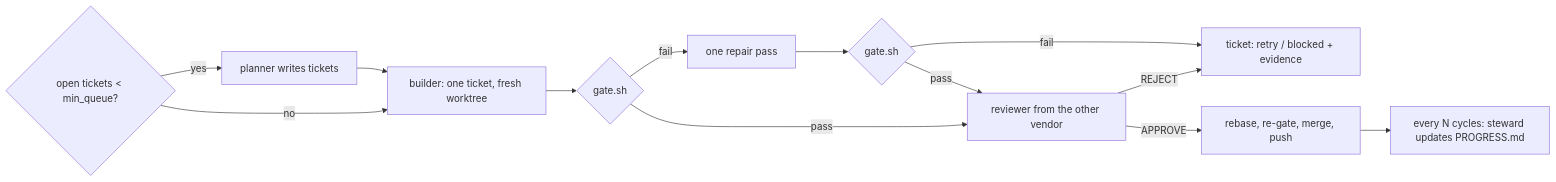
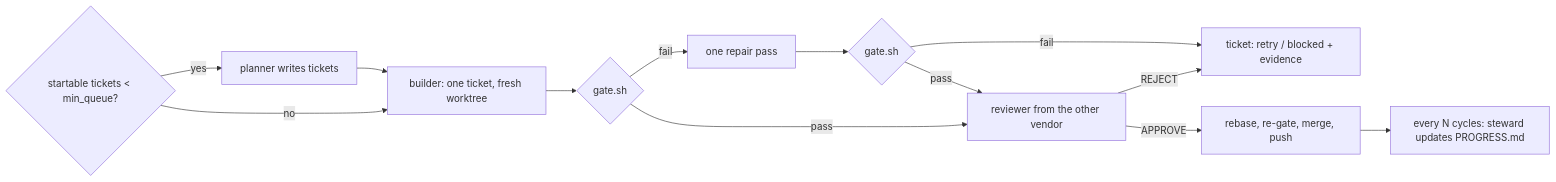
One commit to ptlnextdoor/Crewship changed the diagram in forge/README.md. Above: the diagram before and after it, drawn with Mermaid. The commit also changed other lines of this file and 2 other files, not shown here.

Commit message:
forge: planner is told how many tickets can start now and how many startable ones to add
16 reflex1 planner turns wrote 8 to 9 tickets each with a median of 2 that could start
(the rest chained on open tickets), so with min_queue 6 the queue was low again one
cycle later: 10 turns in 13 h, about 25 min of lane 1 each. The prompt now gets READY
(startable now) and NEED (max(lanes, min_queue - ready)) and says a ticket depending on
an open or in_progress ticket does not count; forge logs the startable count after the
turn so the next scout can measure it. No loop behaviour change.

````diff
--- a/forge/README.md
+++ b/forge/README.md
@@ -7,14 +7,14 @@
 ```mermaid
 flowchart LR
-  Q{open tickets < min_queue?} -->|yes| P[planner writes tickets]
+  Q{startable tickets < min_queue?} -->|yes| P[planner writes tickets]
   Q -->|no| B
   P --> B[builder: one ticket, fresh worktree]
   B --> G{gate.sh}
   G -->|fail| R[one repair pass] --> G2{gate.sh}
   G2 -->|fail| F[ticket: retry / blocked + evidence]
   G -->|pass| V[reviewer from the other vendor]
   G2 -->|pass| V
   V -->|REJECT| F
   V -->|APPROVE| L[rebase, re-gate, merge, push]
   L --> S[every N cycles: steward updates PROGRESS.md]
 ```
````
